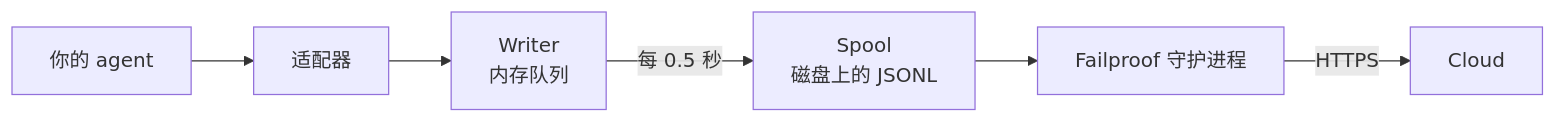
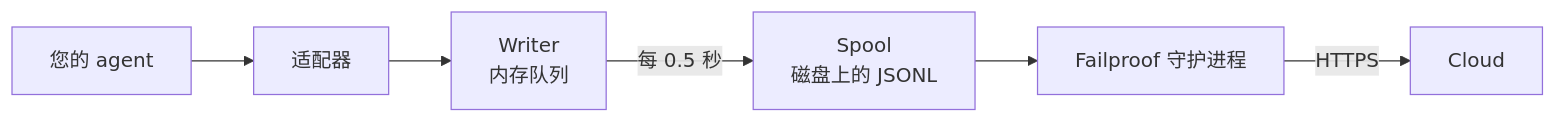
The second of 2 diagrams in docs/zh/start/integrations/custom-agents.mdx (FailproofAI/failproofai), drawn with Mermaid before and after one commit. The commit also changed other lines of this file and 13 other files, not shown here.

````diff
--- a/docs/zh/start/integrations/custom-agents.mdx
+++ b/docs/zh/start/integrations/custom-agents.mdx
@@ -615,8 +615,8 @@
 ```mermaid
 flowchart LR
-    A["你的 agent"] --> B["适配器"]
+    A["您的 agent"] --> B["适配器"]
     B --> C["Writer<br/>内存队列"]
     C -->|"每 0.5 秒"| D["Spool<br/>磁盘上的 JSONL"]
     D --> E["Failproof 守护进程"]
     E -->|"HTTPS"| F["Cloud"]
 ```
````
